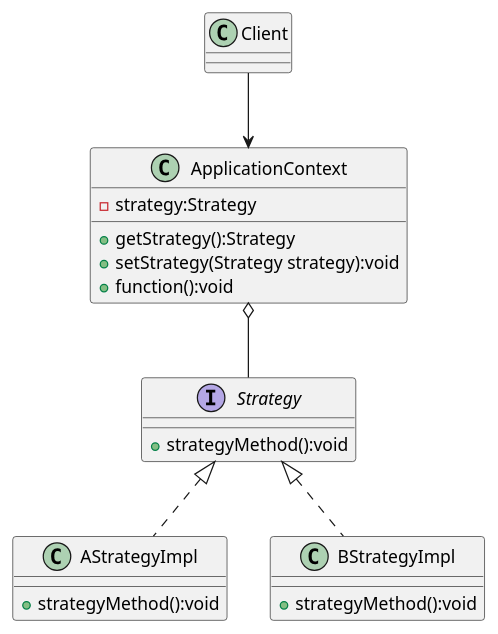
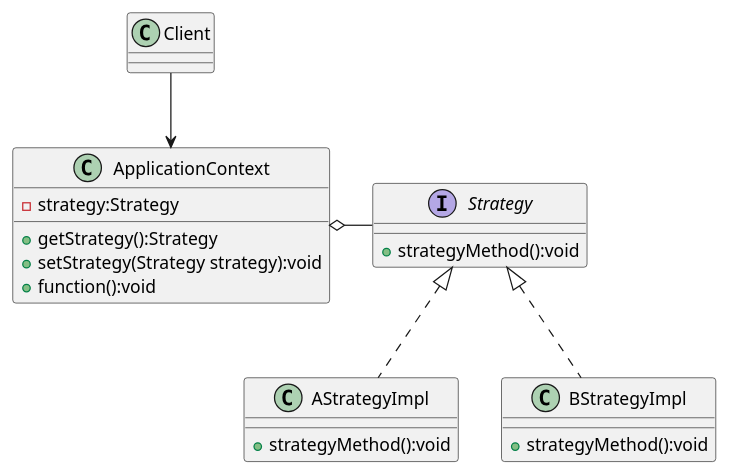
Before and after one commit to qiding1991/design-pattern: the diagram in action-strategy-design/action-strategy-design.puml, drawn with PlantUML. The commit also changed 34 other files, not shown here.

```diff
--- a/action-strategy-design/action-strategy-design.puml
+++ b/action-strategy-design/action-strategy-design.puml
@@ -1,28 +1,28 @@
 @startuml
      interface Strategy{
         + strategyMethod():void
      }
 
      class AStrategyImpl{
          + strategyMethod():void
      }
 
      class BStrategyImpl{
          + strategyMethod():void
      }
 
 
      class ApplicationContext{
          - strategy:Strategy
          + getStrategy():Strategy
          + setStrategy(Strategy strategy):void
          + function():void
      }
 
 
        Client -->  ApplicationContext
-       ApplicationContext o-- Strategy
+       ApplicationContext o- Strategy
        Strategy <|.. AStrategyImpl
        Strategy <|.. BStrategyImpl
 
 @enduml
```
